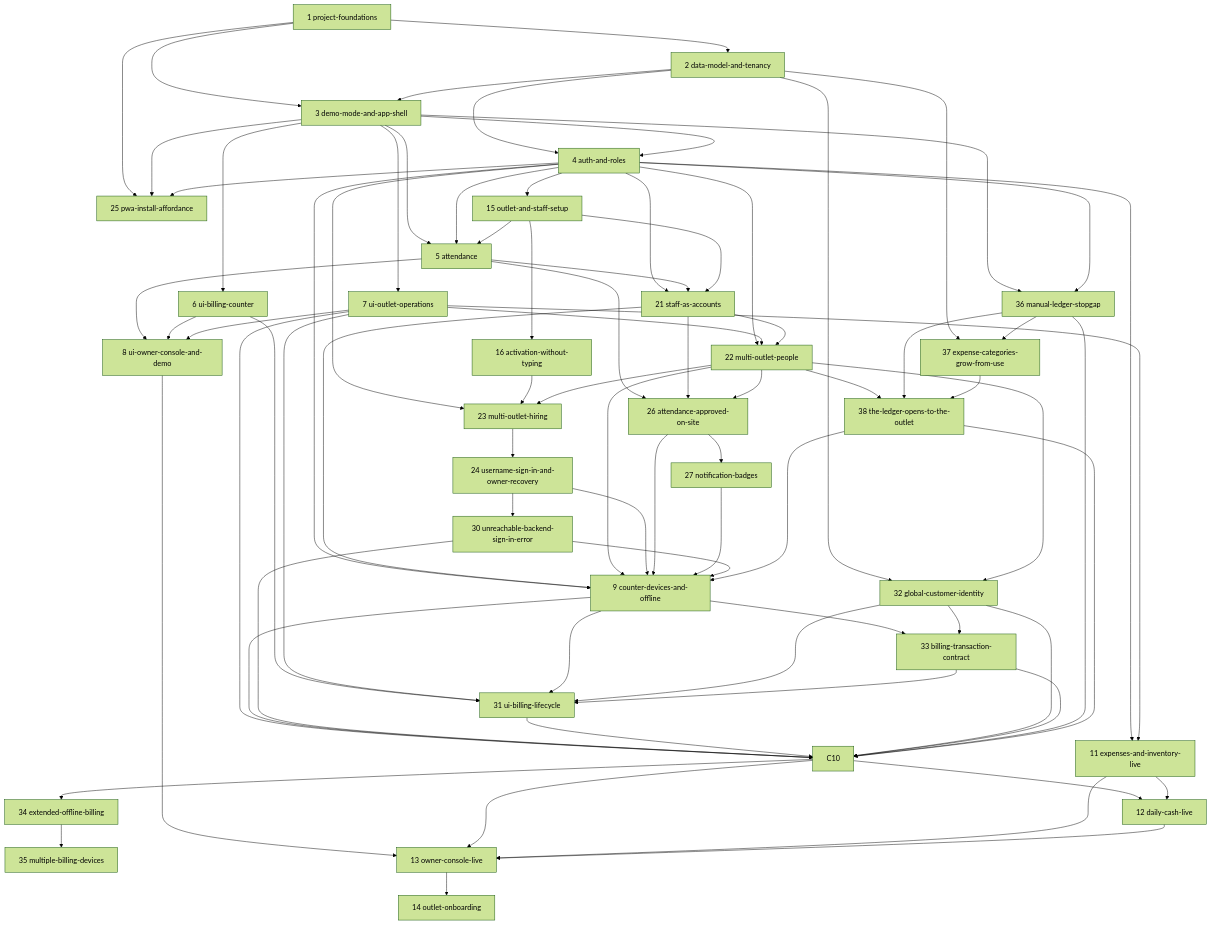
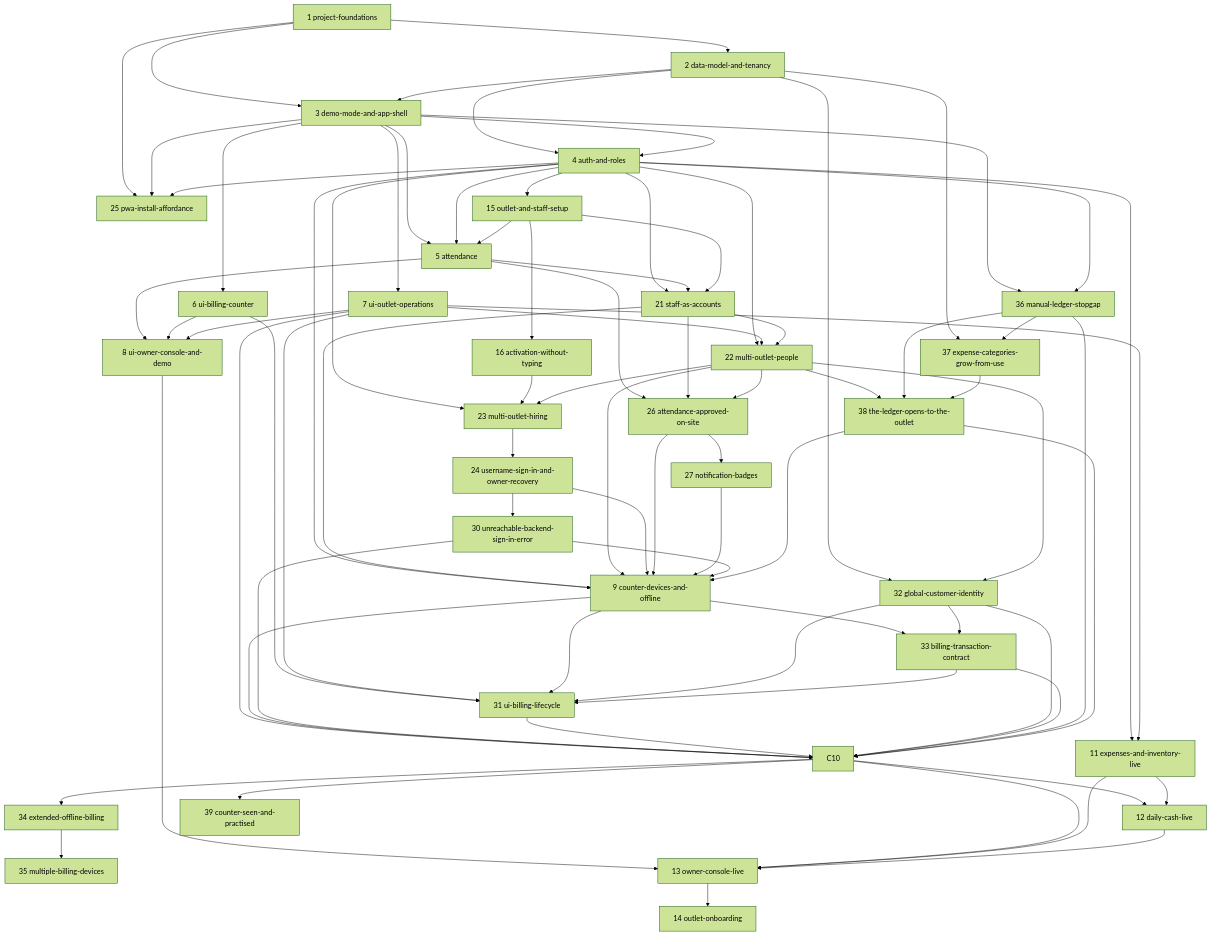
The diagram in openspec/changes/ROADMAP.md (abdatta/shawarmania-ops), drawn with Mermaid (forest theme) before and after one commit. The commit also changed other lines of this file and 9 other files, not shown here.

First line of the commit message:
Place the owner's "see the counter from home" feedback on the roadmap

````diff
--- a/openspec/changes/ROADMAP.md
+++ b/openspec/changes/ROADMAP.md
@@ -150,79 +151,80 @@
 ```mermaid
 graph TD
     C1[1 project-foundations] --> C2[2 data-model-and-tenancy]
     C1 --> C3[3 demo-mode-and-app-shell]
     C2 --> C3
     C2 --> C4[4 auth-and-roles]
     C3 --> C4
     C1 --> C25[25 pwa-install-affordance]
     C3 --> C25
     C4 --> C25
     C3 --> C5[5 attendance]
     C4 --> C5
     C4 --> C15[15 outlet-and-staff-setup]
     C15 --> C5
     C15 --> C16[16 activation-without-typing]
     C3 --> C6[6 ui-billing-counter]
     C3 --> C7[7 ui-outlet-operations]
     C5 --> C8[8 ui-owner-console-and-demo]
     C6 --> C8
     C7 --> C8
     C4 --> C21[21 staff-as-accounts]
     C5 --> C21
     C15 --> C21
     C4 --> C22[22 multi-outlet-people]
     C7 --> C22
     C21 --> C22
     C4 --> C23[23 multi-outlet-hiring]
     C16 --> C23
     C22 --> C23
     C23 --> C24[24 username-sign-in-and-owner-recovery]
     C5 --> C26[26 attendance-approved-on-site]
     C21 --> C26
     C22 --> C26
     C26 --> C27[27 notification-badges]
     C24 --> C30[30 unreachable-backend-sign-in-error]
     C2 --> C32[32 global-customer-identity]
     C22 --> C32
     C3 --> C36[36 manual-ledger-stopgap]
     C4 --> C36
     C2 --> C37[37 expense-categories-grow-from-use]
     C36 --> C37
     C22 --> C38[38 the-ledger-opens-to-the-outlet]
     C36 --> C38
     C37 --> C38
     C4 --> C9[9 counter-devices-and-offline]
     C21 --> C9
     C22 --> C9
     C24 --> C9
     C26 --> C9
     C27 --> C9
     C30 --> C9
     C38 --> C9
     C9 --> C33[33 billing-transaction-contract]
     C32 --> C33
     C6 --> C31[31 ui-billing-lifecycle]
     C7 --> C31
     C9 --> C31
     C32 --> C31
     C33 --> C31
     C7 --> C10
     C9 --> C10
     C30 --> C10
     C31 --> C10
     C32 --> C10
     C33 --> C10
     C36 --> C10
     C38 --> C10
     C10 --> C34[34 extended-offline-billing]
     C34 --> C35[35 multiple-billing-devices]
     C4 --> C11[11 expenses-and-inventory-live]
     C7 --> C11
     C10 --> C12[12 daily-cash-live]
     C11 --> C12
     C8 --> C13[13 owner-console-live]
     C10 --> C13
     C11 --> C13
     C12 --> C13
+    C10 --> C39[39 counter-seen-and-practised]
     C13 --> C14[14 outlet-onboarding]
 ```
````
